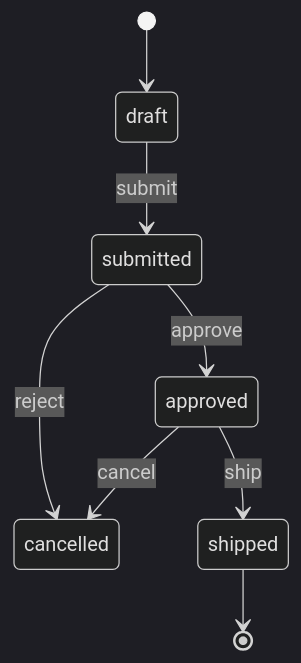
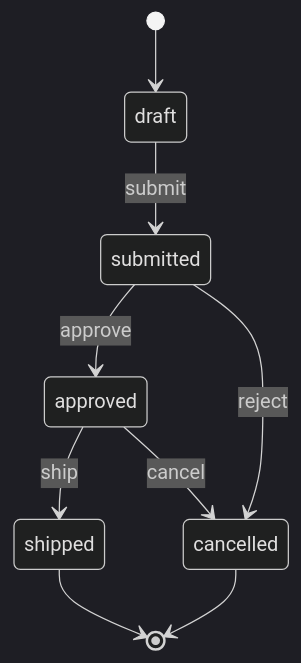
Before and after one commit to businessappwithai/enterprise_reporting_tanstack: the second of 6 diagrams in language/spec/03-workflows.md, drawn with Mermaid (dark theme). The commit also changed other lines of this file and 12 other files, not shown here.

````diff
--- a/language/spec/03-workflows.md
+++ b/language/spec/03-workflows.md
@@ -176,18 +180,18 @@
 ```mermaid
 %%meta name: Order Fulfilment
 %%meta kind: workflow
 %%workflow OrderFulfilment entity: Order kind: state
 %%enum OrderStatus: draft, submitted, approved, shipped, cancelled
 stateDiagram-v2
     [*] --> draft
     draft     --> submitted : submit
     submitted --> approved  : approve
     submitted --> cancelled : reject
     approved  --> shipped   : ship
     approved  --> cancelled : cancel
     shipped   --> [*]
+    cancelled --> [*]
 
     %%rbac role:sales|manager on Order.update
-    %%rbac role:manager on Order.approve
     %%trigger webhook:carrier -> markShipped on Order
 ```
````
